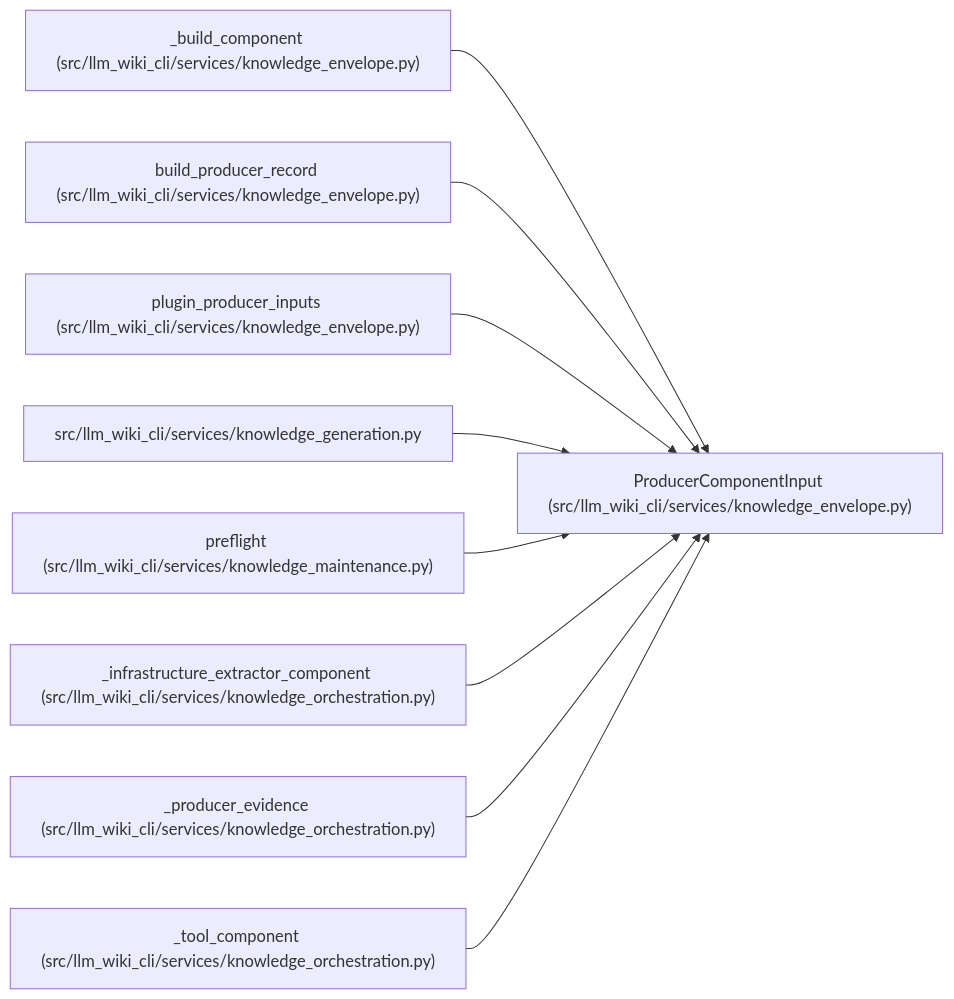
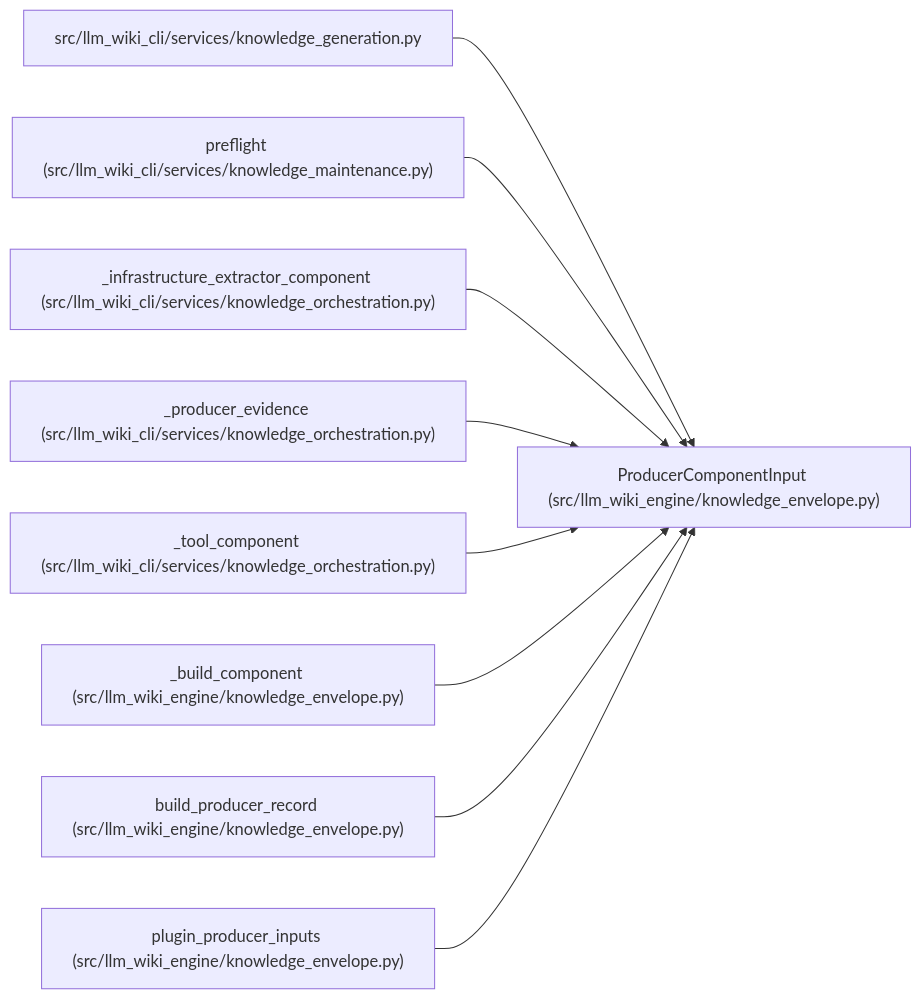
Before and after one commit to Denissvgn/python-wiki-llm: the diagram in docs/llm_wiki/entities/ProducerComponentInput.md, drawn with Mermaid. The commit also changed other lines of this file and 1058 other files, not shown here.

First line of the commit message:
docs: refresh the wiki for the knowledge store move

````diff
--- a/docs/llm_wiki/entities/ProducerComponentInput.md
+++ b/docs/llm_wiki/entities/ProducerComponentInput.md
@@ -35,29 +35,29 @@
 ```mermaid
 flowchart LR
-    n0["ProducerComponentInput (src/llm_wiki_cli/services/knowledge_envelope.py)"]
-    n1["_build_component (src/llm_wiki_cli/services/knowledge_envelope.py)"]
-    n2["build_producer_record (src/llm_wiki_cli/services/knowledge_envelope.py)"]
-    n3["plugin_producer_inputs (src/llm_wiki_cli/services/knowledge_envelope.py)"]
-    n4["src/llm_wiki_cli/services/knowledge_generation.py"]
-    n5["preflight (src/llm_wiki_cli/services/knowledge_maintenance.py)"]
-    n6["_infrastructure_extractor_component (src/llm_wiki_cli/services/knowledge_orchestration.py)"]
-    n7["_producer_evidence (src/llm_wiki_cli/services/knowledge_orchestration.py)"]
-    n8["_tool_component (src/llm_wiki_cli/services/knowledge_orchestration.py)"]
+    n0["ProducerComponentInput (src/llm_wiki_engine/knowledge_envelope.py)"]
+    n1["src/llm_wiki_cli/services/knowledge_generation.py"]
+    n2["preflight (src/llm_wiki_cli/services/knowledge_maintenance.py)"]
+    n3["_infrastructure_extractor_component (src/llm_wiki_cli/services/knowledge_orchestration.py)"]
+    n4["_producer_evidence (src/llm_wiki_cli/services/knowledge_orchestration.py)"]
+    n5["_tool_component (src/llm_wiki_cli/services/knowledge_orchestration.py)"]
+    n6["_build_component (src/llm_wiki_engine/knowledge_envelope.py)"]
+    n7["build_producer_record (src/llm_wiki_engine/knowledge_envelope.py)"]
+    n8["plugin_producer_inputs (src/llm_wiki_engine/knowledge_envelope.py)"]
     n1 --> n0
     n2 --> n0
     n3 --> n0
     n4 --> n0
     n5 --> n0
     n6 --> n0
     n7 --> n0
     n8 --> n0
     click n0 "../modules/knowledge_envelope.md"
-    click n1 "../modules/knowledge_envelope.md"
-    click n2 "../modules/knowledge_envelope.md"
-    click n3 "../modules/knowledge_envelope.md"
-    click n4 "../modules/knowledge_generation.md"
-    click n5 "../modules/knowledge_maintenance.md"
-    click n6 "../modules/knowledge_orchestration.md"
-    click n7 "../modules/knowledge_orchestration.md"
-    click n8 "../modules/knowledge_orchestration.md"
+    click n1 "../modules/knowledge_generation.md"
+    click n2 "../modules/knowledge_maintenance.md"
+    click n3 "../modules/knowledge_orchestration.md"
+    click n4 "../modules/knowledge_orchestration.md"
+    click n5 "../modules/knowledge_orchestration.md"
+    click n6 "../modules/knowledge_envelope.md"
+    click n7 "../modules/knowledge_envelope.md"
+    click n8 "../modules/knowledge_envelope.md"
 ```
````
